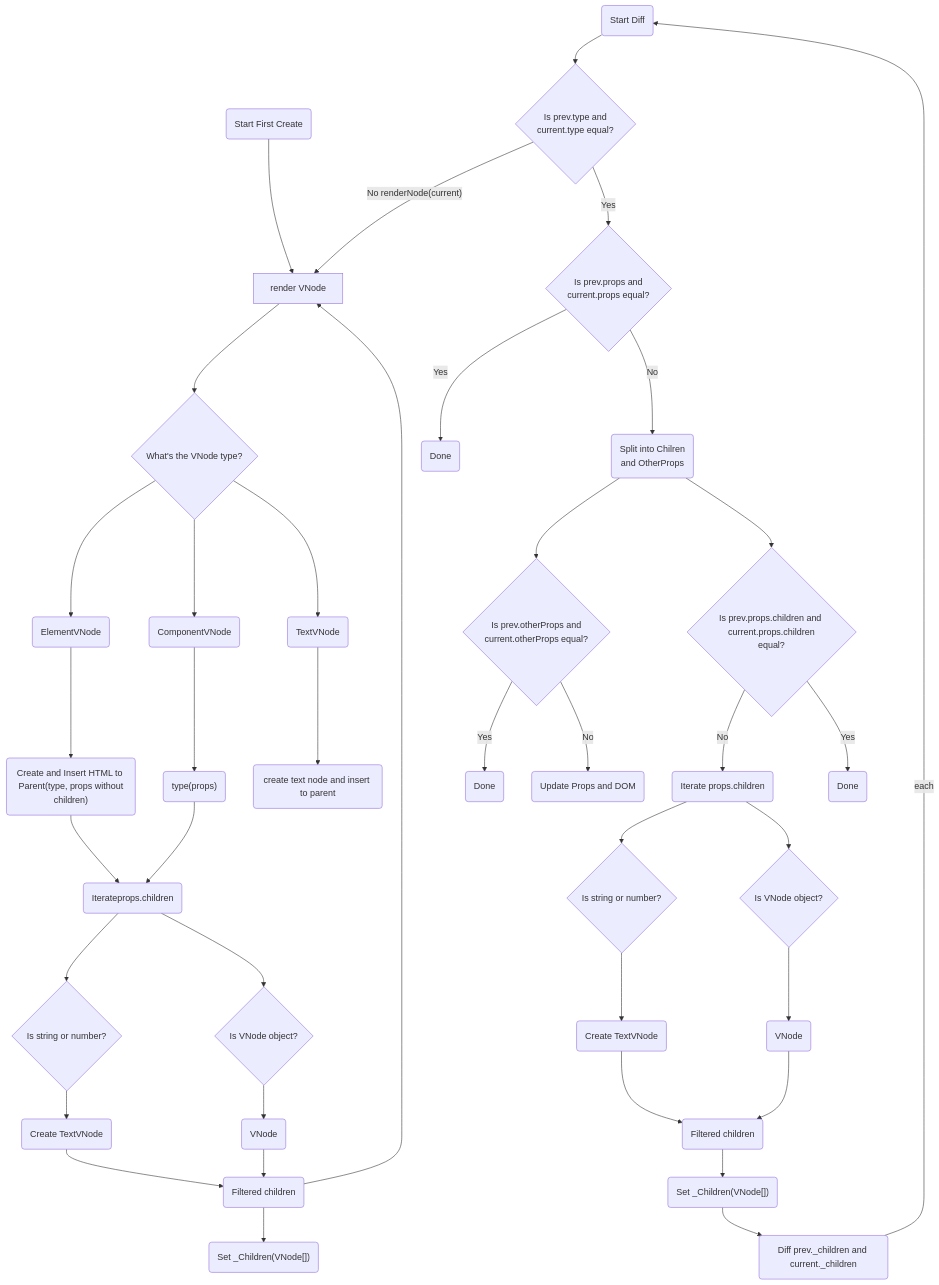
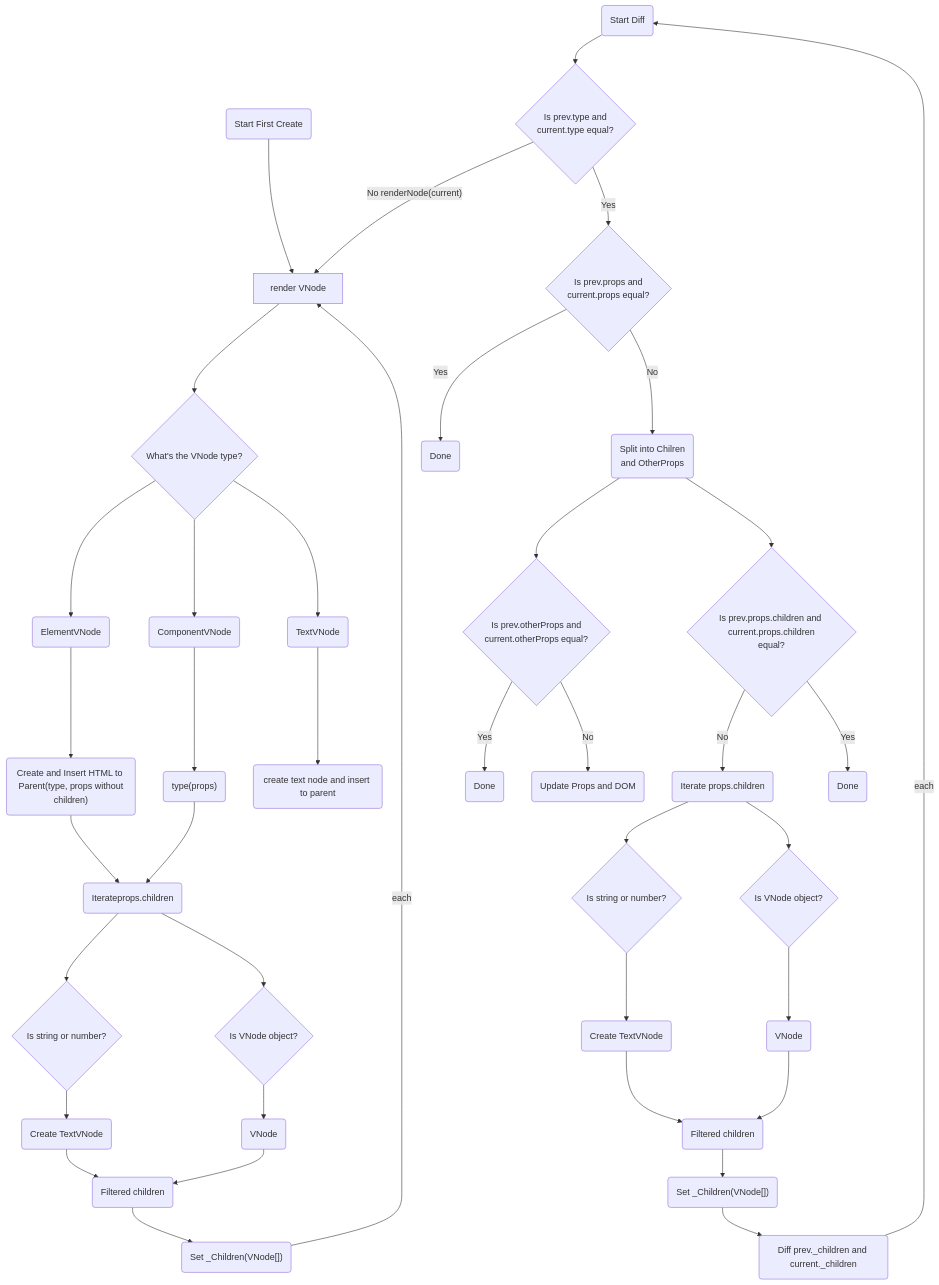
Before and after one commit to reeli/js-practice: the diagram in mini-react/README.md, drawn with Mermaid. The commit also changed 2 other files, not shown here.

````diff
--- a/mini-react/README.md
+++ b/mini-react/README.md
@@ -1,43 +1,43 @@
 ```mermaid
 graph TD
   VNode[render VNode] --> B{What's the VNode type? }
   B --> C(ElementVNode)
   B --> D(ComponentVNode)
   D --> D1("type(props)")
   D1 --> G
   B --> E(TextVNode)
   E --> E1(create text node and insert to parent)
   C --> F("Create and Insert HTML to <br> Parent(type, props without children)" )
   F --> G(Iterateprops.children) 
   G --> H{Is string or number?}
   H --> I(Create TextVNode)
   G --> J{Is VNode object?}
   J --> K(VNode)
   I --> L(Filtered children)
   K --> L
   L --> M("Set _Children(VNode[])")
-  L --> VNode
+  M --> |each| VNode
   
   firstCreate(Start First Create) --> VNode
   
   diff(Start Diff) --> checkType{Is prev.type and <br> current.type equal?}
   checkType --> |"No renderNode(current)"| VNode
   checkType --> |Yes| checkProps{Is prev.props  and <br> current.props equal?}
   checkProps --> |Yes| return(Done)
   checkProps --> |No| split(Split into Chilren <br> and OtherProps)
   split --> checkOtherProps{Is prev.otherProps  and <br> current.otherProps equal?}
   checkOtherProps --> |Yes| done(Done)
   checkOtherProps --> |No| updateProps(Update Props and  DOM)
   split --> checkPropsChildren{Is prev.props.children and <br> current.props.children equal?}
   checkPropsChildren --> |No| iterateChild(Iterate  props.children)
   checkPropsChildren --> |Yes| d(Done)
   iterateChild --> H1{Is string or number?}
   H1 --> I1(Create TextVNode)
   iterateChild --> J1{Is VNode object?}
   J1 --> K1(VNode)
   I1 --> L1(Filtered children)
   K1 --> L1
   L1 --> M1("Set _Children(VNode[])")
   M1 --> K2("Diff prev._children and current._children")
   K2 --> |each| diff
 ```
````
